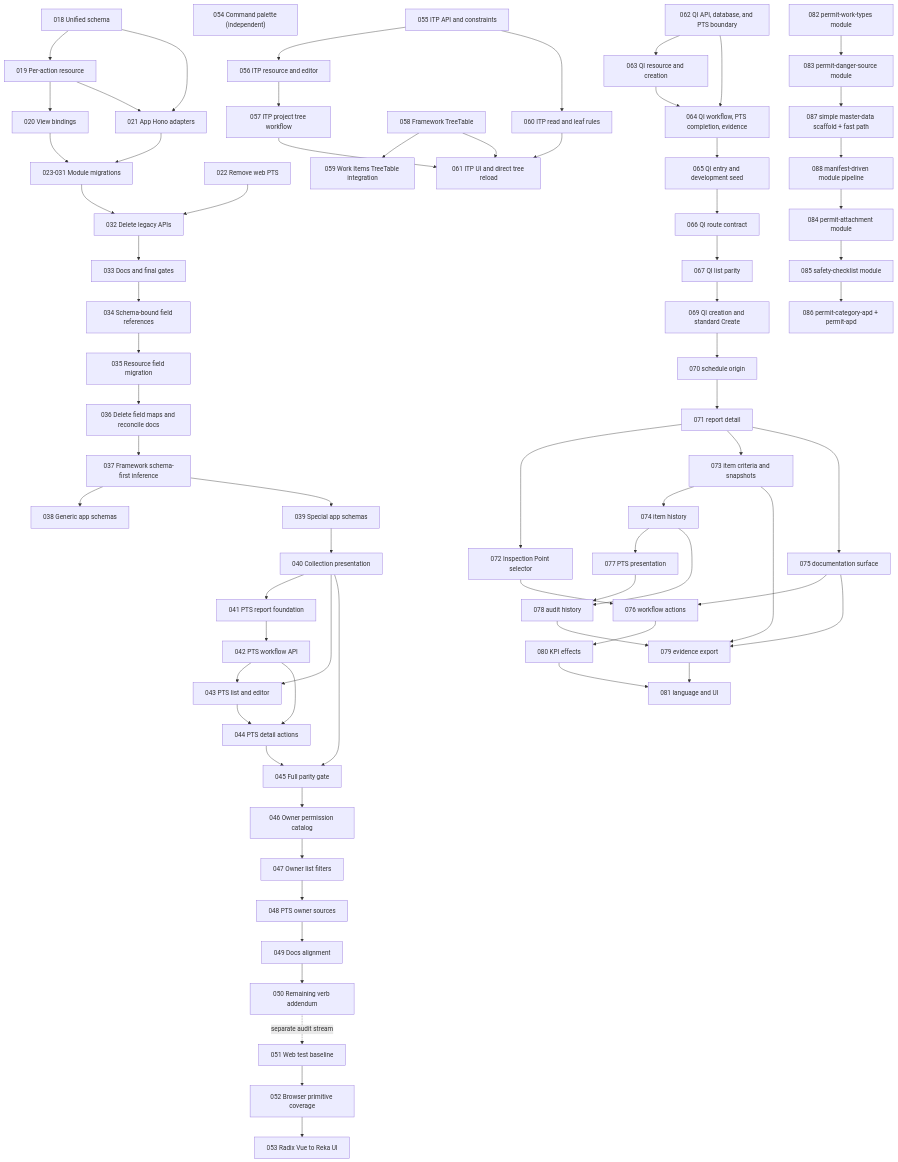
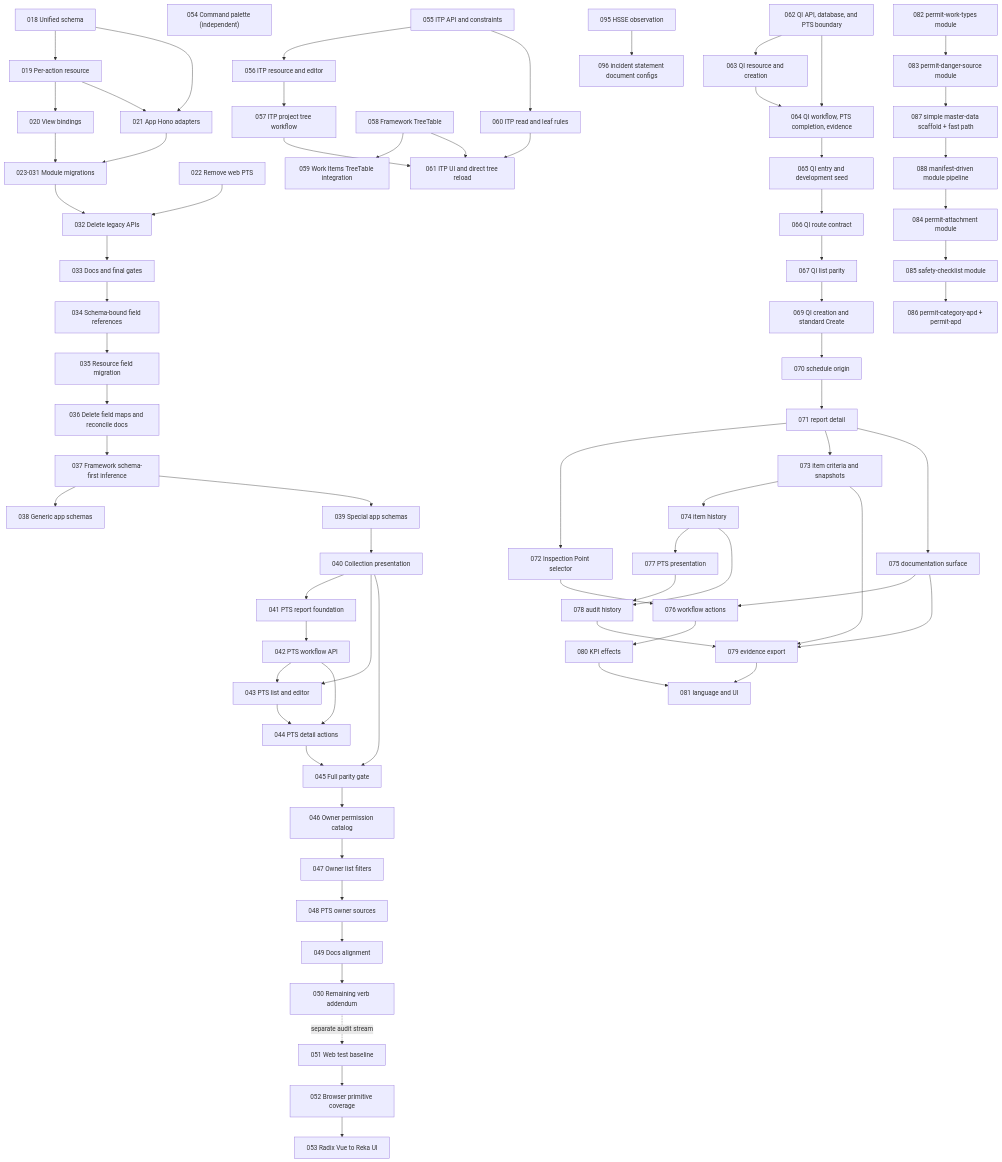
One commit to southneuhof/carta changed the diagram in plans/README.md. Above: the diagram before and after it, drawn with Mermaid. The commit also changed other lines of this file and 119 other files, not shown here.

````diff
--- a/plans/README.md
+++ b/plans/README.md
@@ -164,74 +181,75 @@
 ```mermaid
 flowchart TD
   S["018 Unified schema"] --> R["019 Per-action resource"]
   R --> V["020 View bindings"]
   S --> H["021 App Hono adapters"]
   R --> H
   V --> M["023-031 Module migrations"]
   H --> M
   P["022 Remove web PTS"] --> C["032 Delete legacy APIs"]
   M --> C
   C --> D["033 Docs and final gates"]
   D --> F["034 Schema-bound field references"]
   F --> FM["035 Resource field migration"]
   FM --> FD["036 Delete field maps and reconcile docs"]
   FD --> Z["037 Framework schema-first inference"]
   Z --> ZG["038 Generic app schemas"]
   Z --> ZS["039 Special app schemas"]
   ZS --> C40["040 Collection presentation"]
   C40 --> P41["041 PTS report foundation"]
   P41 --> P42["042 PTS workflow API"]
   C40 --> P43["043 PTS list and editor"]
   P42 --> P43
   P43 --> P44["044 PTS detail actions"]
   P42 --> P44
   P44 --> P45["045 Full parity gate"]
   C40 --> P45
   P45 --> P46["046 Owner permission catalog"]
   P46 --> P47["047 Owner list filters"]
   P47 --> P48["048 PTS owner sources"]
   P48 --> P49["049 Docs alignment"]
   P49 --> P50["050 Remaining verb addendum"]
   P50 -. separate audit stream .-> B51["051 Web test baseline"]
   B51 --> B52["052 Browser primitive coverage"]
   B52 --> B53["053 Radix Vue to Reka UI"]
   CP54["054 Command palette (independent)"]
   I55["055 ITP API and constraints"] --> I56["056 ITP resource and editor"]
   I56 --> I57["057 ITP project tree workflow"]
   TT58["058 Framework TreeTable"] --> WI59["059 Work Items TreeTable integration"]
   I55 --> I60["060 ITP read and leaf rules"]
   I60 --> I61["061 ITP UI and direct tree reload"]
   I57 --> I61
   TT58 --> I61
   Q62["062 QI API, database, and PTS boundary"] --> Q63["063 QI resource and creation"]
   Q62 --> Q64["064 QI workflow, PTS completion, evidence"]
   Q63 --> Q64
   Q64 --> Q65["065 QI entry and development seed"]
   Q65 --> Q66["066 QI route contract"]
   Q66 --> Q67["067 QI list parity"]
   Q67 --> Q69["069 QI creation and standard Create"]
   Q69 --> Q70["070 schedule origin"]
   Q70 --> Q71["071 report detail"]
   Q71 --> Q72["072 Inspection Point selector"]
   Q71 --> Q73["073 item criteria and snapshots"]
   Q73 --> Q74["074 item history"]
   Q71 --> Q75["075 documentation surface"]
   Q72 --> Q76["076 workflow actions"]
   Q75 --> Q76
   Q74 --> Q77["077 PTS presentation"]
   Q74 --> Q78["078 audit history"]
   Q77 --> Q78
   Q73 --> Q79["079 evidence export"]
   Q75 --> Q79
   Q78 --> Q79
   Q76 --> Q80["080 KPI effects"]
   Q79 --> Q81["081 language and UI"]
   Q80 --> Q81
   PW82["082 permit-work-types module"]
   PW82 --> PW83["083 permit-danger-source module"]
   PW83 --> PW87["087 simple master-data scaffold + fast path"]
   PW87 --> PW88["088 manifest-driven module pipeline"]
   PW88 --> PW84["084 permit-attachment module"]
   PW84 --> PW85["085 safety-checklist module"]
   PW85 --> PW86["086 permit-category-apd + permit-apd"]
+  HSSE95["095 HSSE observation"] --> INCIDENT96["096 incident statement document configs"]
 ```
````
